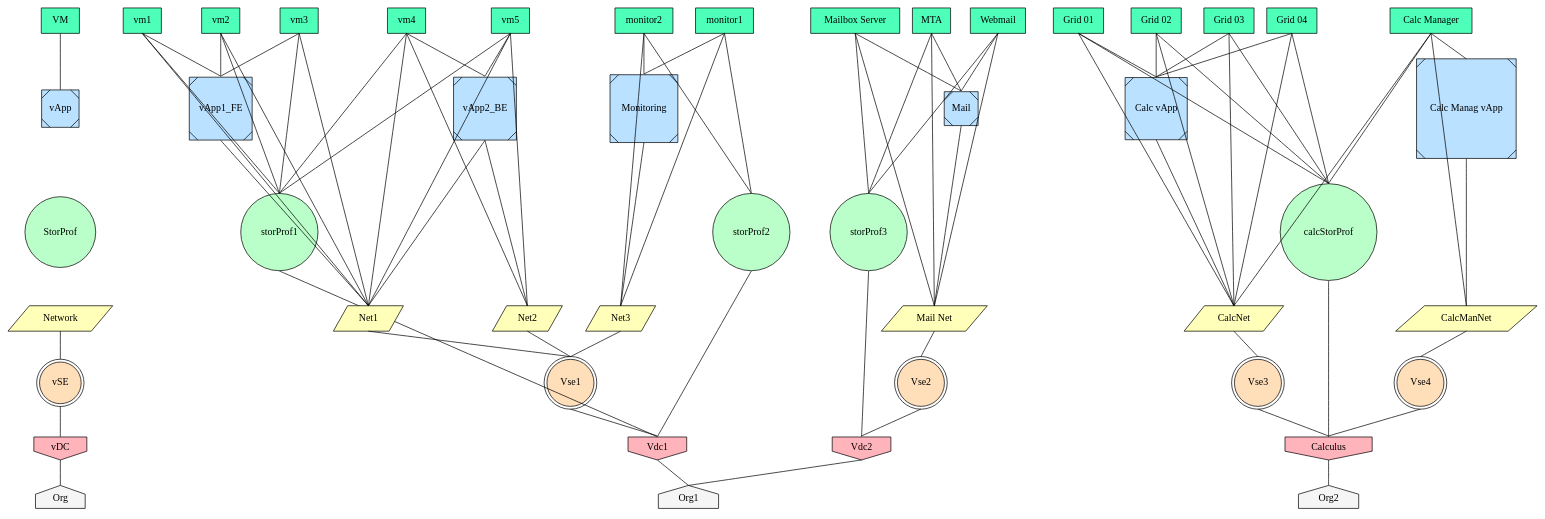
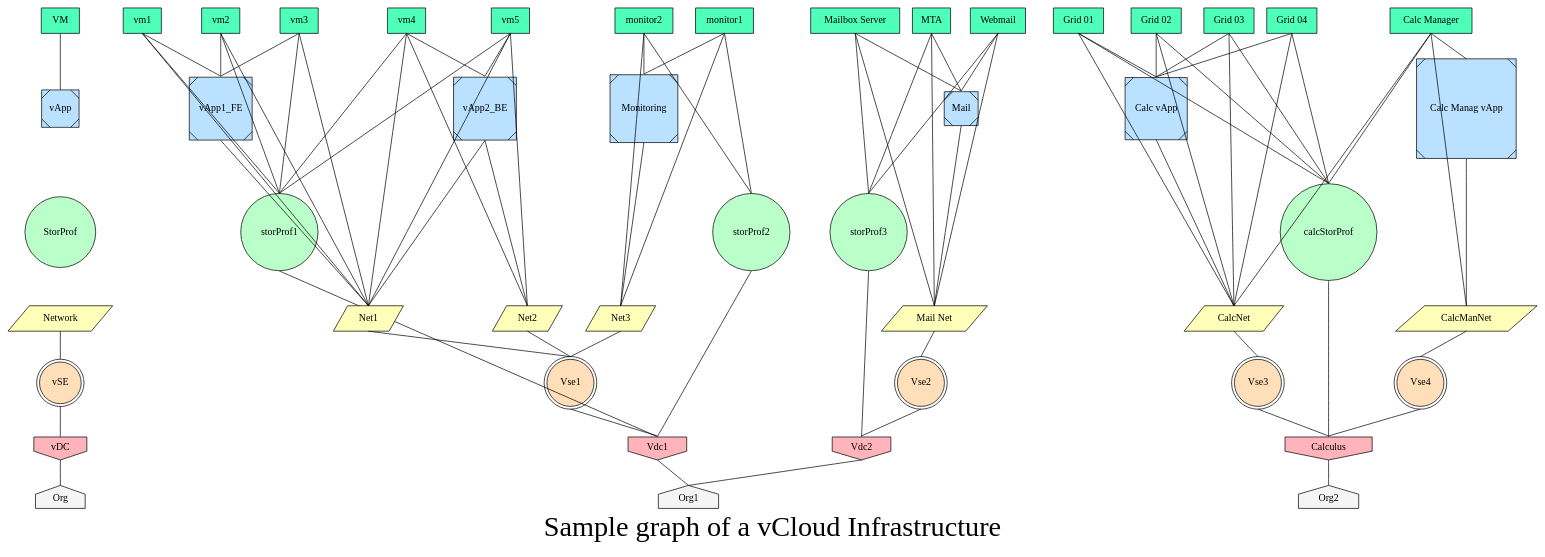
The diagram in diagramsamples/vcloud.dot (zoquero/vcloudtools), drawn with Graphviz before and after one commit. The commit also changed 6 other files, not shown here.

Commit message:
Added titles to graphs

```diff
--- a/diagramsamples/vcloud.dot
+++ b/diagramsamples/vcloud.dot
@@ -1,5 +1,5 @@
 #
-# Graph genated on 2016/08/28 12:46:08 pm
+# Graph genated on 2016/08/30 07:25:23 pm
 # by vcloudtools:
 # https://github.com/zoquero/vcloudtools
 #
@@ -8,6 +8,7 @@
   rankdir=BT;    # LR RL BT TB
   splines=false; # avoid curve lines
   edge [arrowhead=none,arrowtail=none];
+  graph [label="Sample graph of a vCloud Infrastructure", fontsize="40"];
   {
     Org -> vDC
     vDC -> vSE
```
